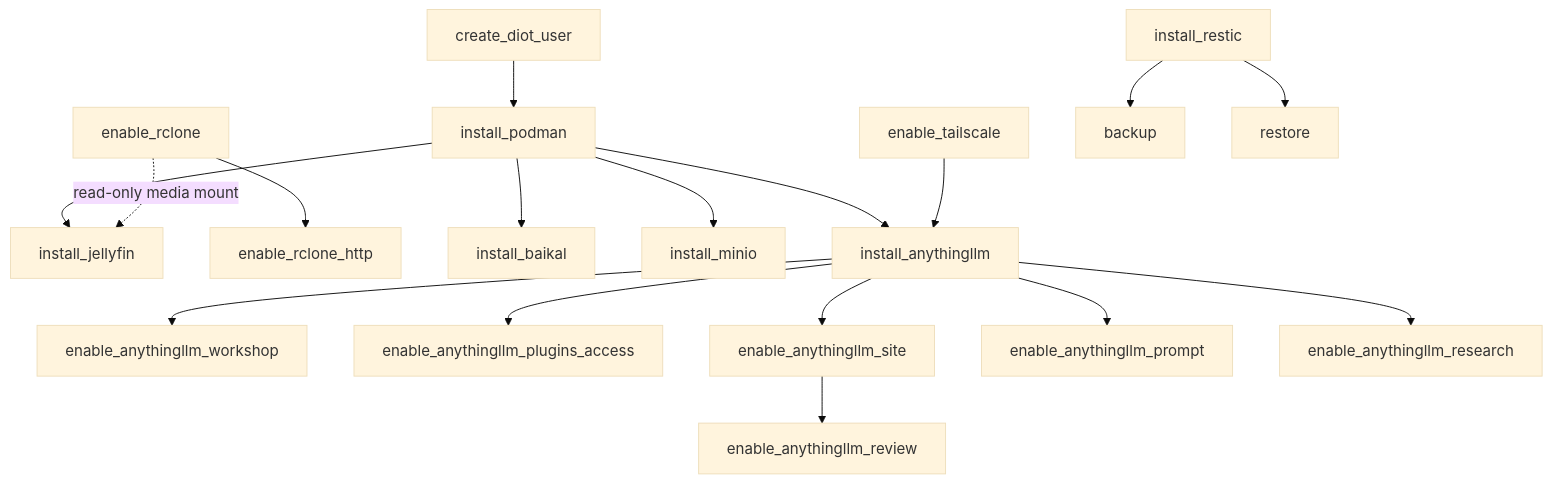
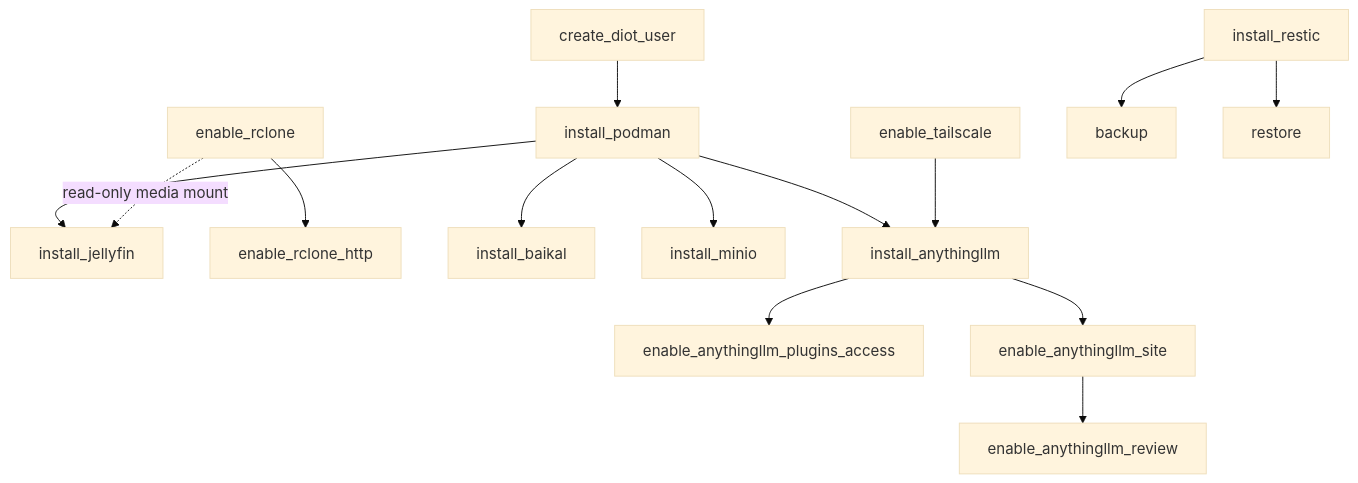
The diagram in README.md (BinaryBand/strata), drawn with Mermaid (base theme) before and after one commit. The commit also changed other lines of this file and 52 other files, not shown here.

````diff
--- a/README.md
+++ b/README.md
@@ -96,19 +96,16 @@
 ```mermaid
 flowchart TD
     diot[create_diot_user] --> podman[install_podman]
     podman --> jellyfin[install_jellyfin]
     rclone[enable_rclone] -. read-only media mount .-> jellyfin
     rclone --> rclone_http[enable_rclone_http]
     podman --> baikal[install_baikal]
     podman --> minio[install_minio]
     podman --> anythingllm[install_anythingllm]
     tailscale[enable_tailscale] --> anythingllm
-    anythingllm --> anythingllm_workshop[enable_anythingllm_workshop]
     anythingllm --> anythingllm_plugins_access[enable_anythingllm_plugins_access]
     anythingllm --> anythingllm_site[enable_anythingllm_site]
-    anythingllm --> anythingllm_prompt[enable_anythingllm_prompt]
-    anythingllm --> anythingllm_research[enable_anythingllm_research]
     anythingllm_site --> anythingllm_review[enable_anythingllm_review]
     restic[install_restic] --> backup[backup]
     restic --> restore[restore]
 ```
````
